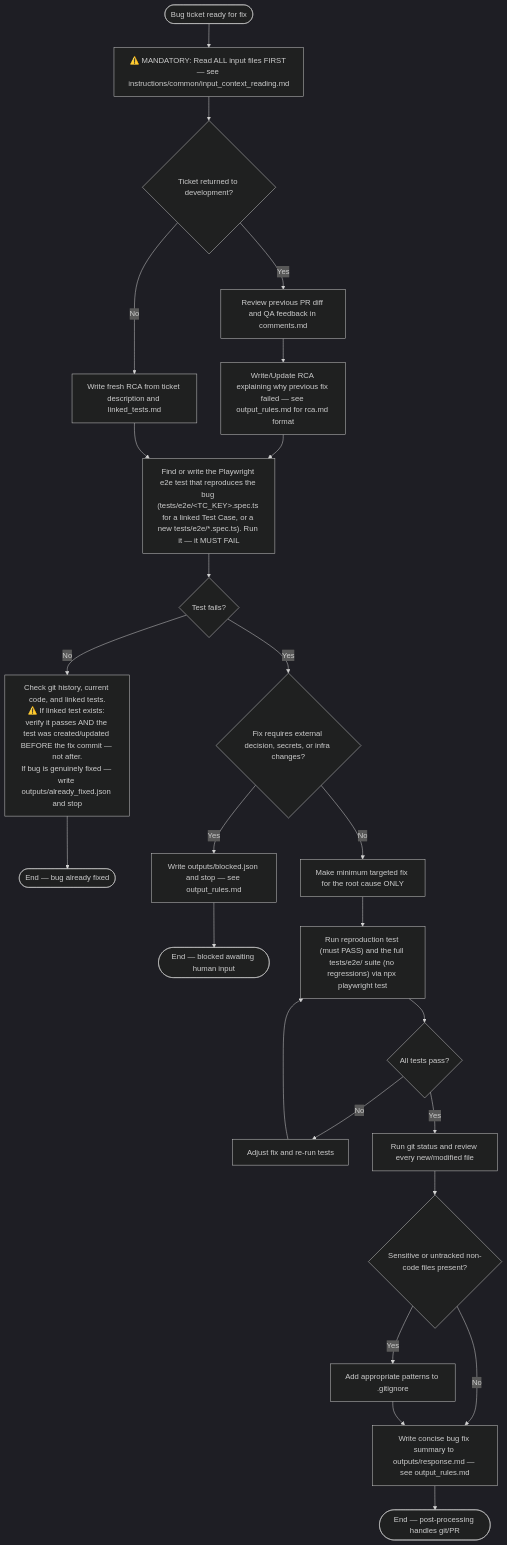
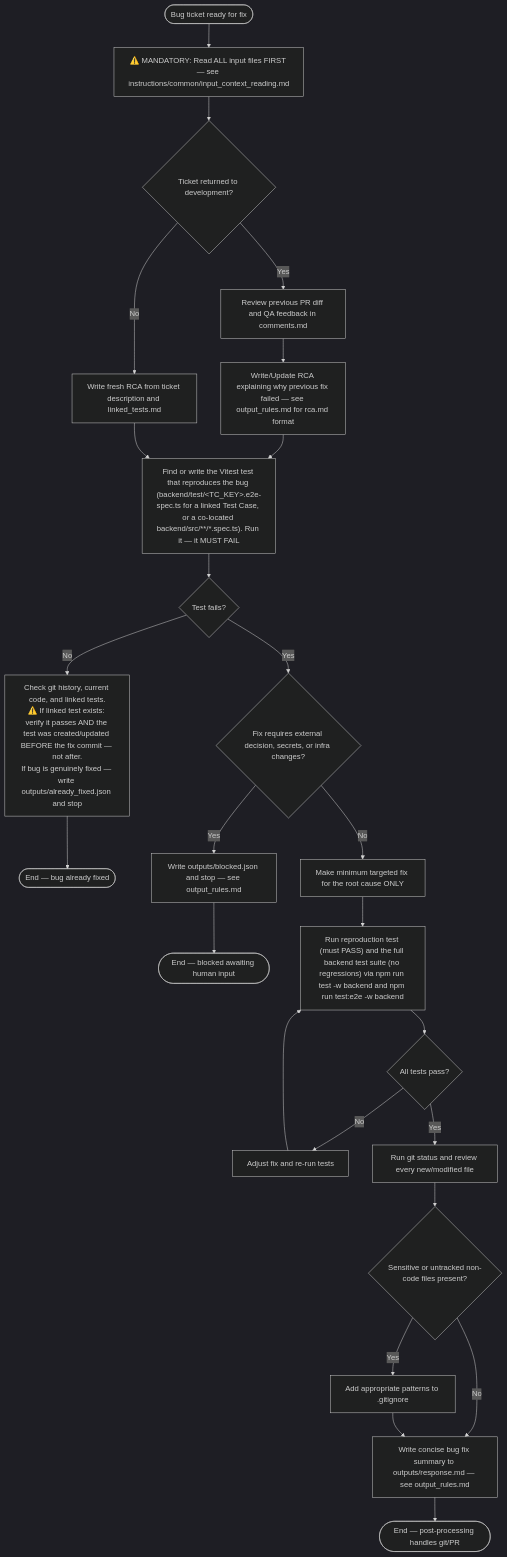
The diagram in .dmtools/agents/instructions/bug_development/general_guidelines.md (kejno/bonapp), drawn with Mermaid (dark theme) before and after one commit. The commit also changed 10 other files, not shown here.

First line of the commit message:
fix: switch test-automation pipeline from Playwright to Vitest

````diff
--- a/.dmtools/agents/instructions/bug_development/general_guidelines.md
+++ b/.dmtools/agents/instructions/bug_development/general_guidelines.md
@@ -1,27 +1,27 @@
 ```mermaid
 flowchart TD
     START([Bug ticket ready for fix]) --> READ["⚠️ MANDATORY: Read ALL input files FIRST — see instructions/common/input_context_reading.md"]
     READ --> RETURNED{Ticket returned to development?}
     RETURNED -->|Yes| PREV["Review previous PR diff and QA feedback in comments.md"]
     PREV --> RCA_RET["Write/Update RCA explaining why previous fix failed — see output_rules.md for rca.md format"]
     RETURNED -->|No| RCA_FRESH["Write fresh RCA from ticket description and linked_tests.md"]
     RCA_RET --> REPRO
-    RCA_FRESH --> REPRO["Find or write the Playwright e2e test that reproduces the bug (tests/e2e/&lt;TC_KEY&gt;.spec.ts for a linked Test Case, or a new tests/e2e/*.spec.ts). Run it — it MUST FAIL"]
+    RCA_FRESH --> REPRO["Find or write the Vitest test that reproduces the bug (backend/test/&lt;TC_KEY&gt;.e2e-spec.ts for a linked Test Case, or a co-located backend/src/**/*.spec.ts). Run it — it MUST FAIL"]
     REPRO --> EXISTS{Test fails?}
     EXISTS -->|No| ALREADY["Check git history, current code, and linked tests.<br/>⚠️ If linked test exists: verify it passes AND the test was created/updated BEFORE the fix commit — not after.<br/>If bug is genuinely fixed — write outputs/already_fixed.json and stop"]
     ALREADY --> END_FIXED([End — bug already fixed])
     EXISTS -->|Yes| BLOCKED{Fix requires external decision, secrets, or infra changes?}
     BLOCKED -->|Yes| BLOCK["Write outputs/blocked.json and stop — see output_rules.md"]
     BLOCK --> END_BLOCKED([End — blocked awaiting human input])
     BLOCKED -->|No| FIX["Make minimum targeted fix for the root cause ONLY"]
-    FIX --> VERIFY["Run reproduction test (must PASS) and the full tests/e2e/ suite (no regressions) via npx playwright test"]
+    FIX --> VERIFY["Run reproduction test (must PASS) and the full backend test suite (no regressions) via npm run test -w backend and npm run test:e2e -w backend"]
     VERIFY --> PASS{All tests pass?}
     PASS -->|No| ADJUST["Adjust fix and re-run tests"]
     ADJUST --> VERIFY
     PASS -->|Yes| GITSTATUS["Run git status and review every new/modified file"]
     GITSTATUS --> SECRETS{Sensitive or untracked non-code files present?}
     SECRETS -->|Yes| IGNORE["Add appropriate patterns to .gitignore"]
     SECRETS -->|No| SUMMARY["Write concise bug fix summary to outputs/response.md — see output_rules.md"]
     IGNORE --> SUMMARY
     SUMMARY --> END([End — post-processing handles git/PR])
 ```
````
